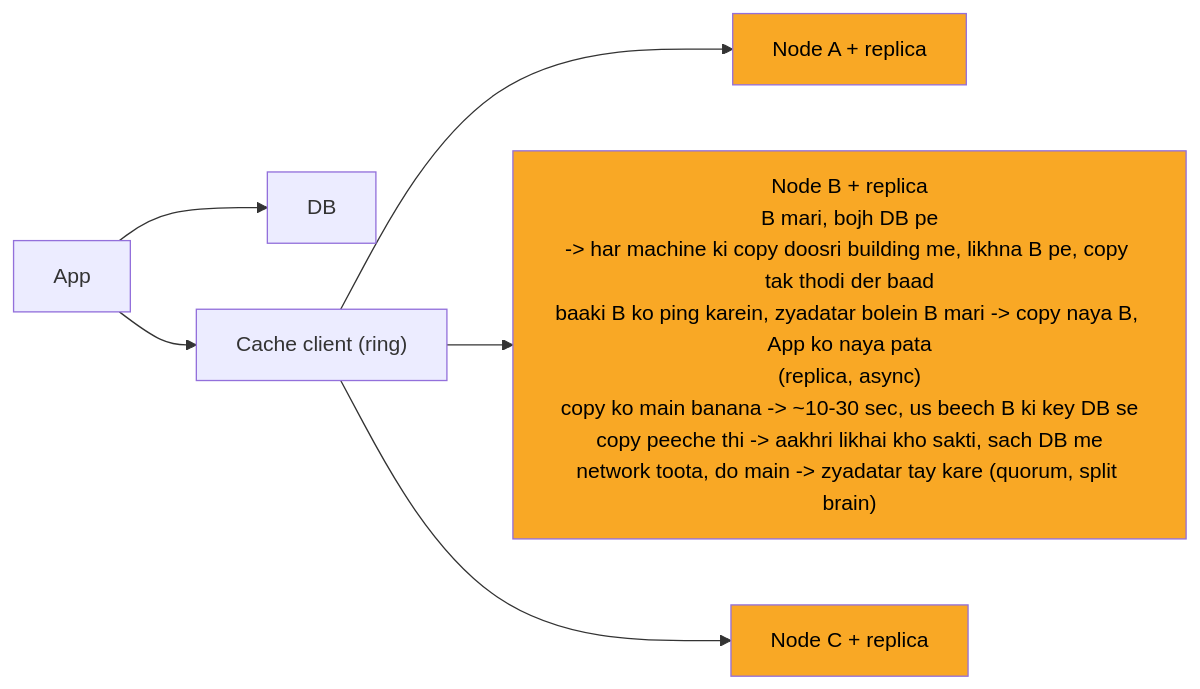
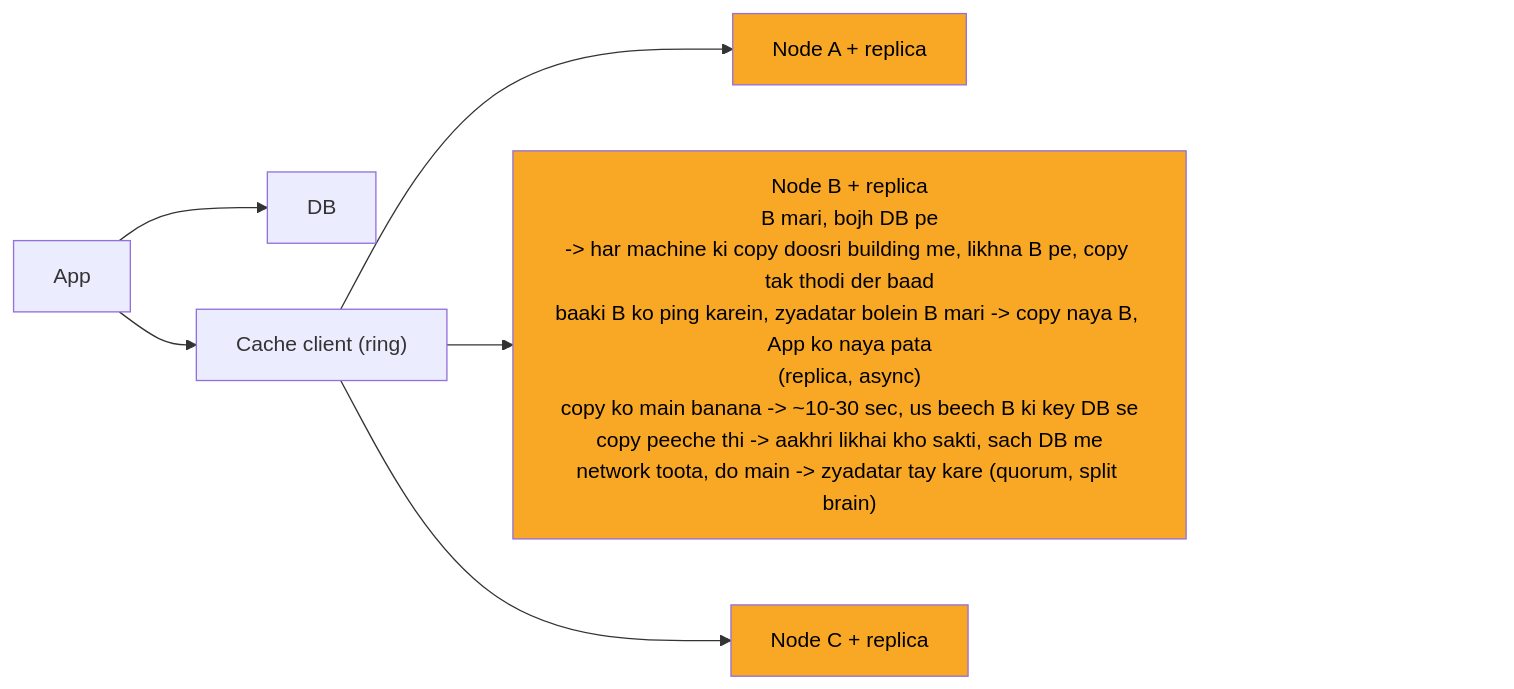
Before and after one commit to ArpanMaheshwari144/Prep: the fourth of 8 diagrams in 04_HLD/SYSTEM_DESIGNS/10_distributed_cache/10_distributed_cache.md, drawn with Mermaid. The commit also changed other lines of this file and 13 other files, not shown here.

Commit message:
hld 14 file: har diagram ke daayein andekha dabba, zoom button asli dabbe pe na aaye

````diff
--- a/04_HLD/SYSTEM_DESIGNS/10_distributed_cache/10_distributed_cache.md
+++ b/04_HLD/SYSTEM_DESIGNS/10_distributed_cache/10_distributed_cache.md
@@ -182,18 +191,21 @@
 ```mermaid
 %%{init: {"flowchart": {"wrappingWidth": 450}}}%%
 flowchart LR
     n_App["App"]
     n_DB["DB"]
     n_Cache_client["Cache client (ring)"]
     n_Node_A_replica["Node A + replica"]
     n_Node_B_replica["Node B + replica<br/>B mari, bojh DB pe<br/>-> har machine ki copy doosri building me, likhna B pe, copy tak thodi der baad<br/>baaki B ko ping karein, zyadatar bolein B mari -> copy naya B, App ko naya pata<br/>(replica, async)<br/>copy ko main banana -> ~10-30 sec, us beech B ki key DB se<br/>copy peeche thi -> aakhri likhai kho sakti, sach DB me<br/>network toota, do main -> zyadatar tay kare (quorum, split brain)"]
     n_Node_C_replica["Node C + replica"]
     n_App --> n_DB
     n_App --> n_Cache_client
     n_Cache_client --> n_Node_A_replica
     n_Cache_client --> n_Node_B_replica
     n_Cache_client --> n_Node_C_replica
+    n_pad["xxxxxxxxxxxxxxxx"]
+    n_Node_C_replica ~~~ n_pad
     style n_Node_A_replica fill:#f9a825,color:#000
     style n_Node_B_replica fill:#f9a825,color:#000
     style n_Node_C_replica fill:#f9a825,color:#000
+    style n_pad fill:none,stroke:none,color:#ffffff00
 ```
````
